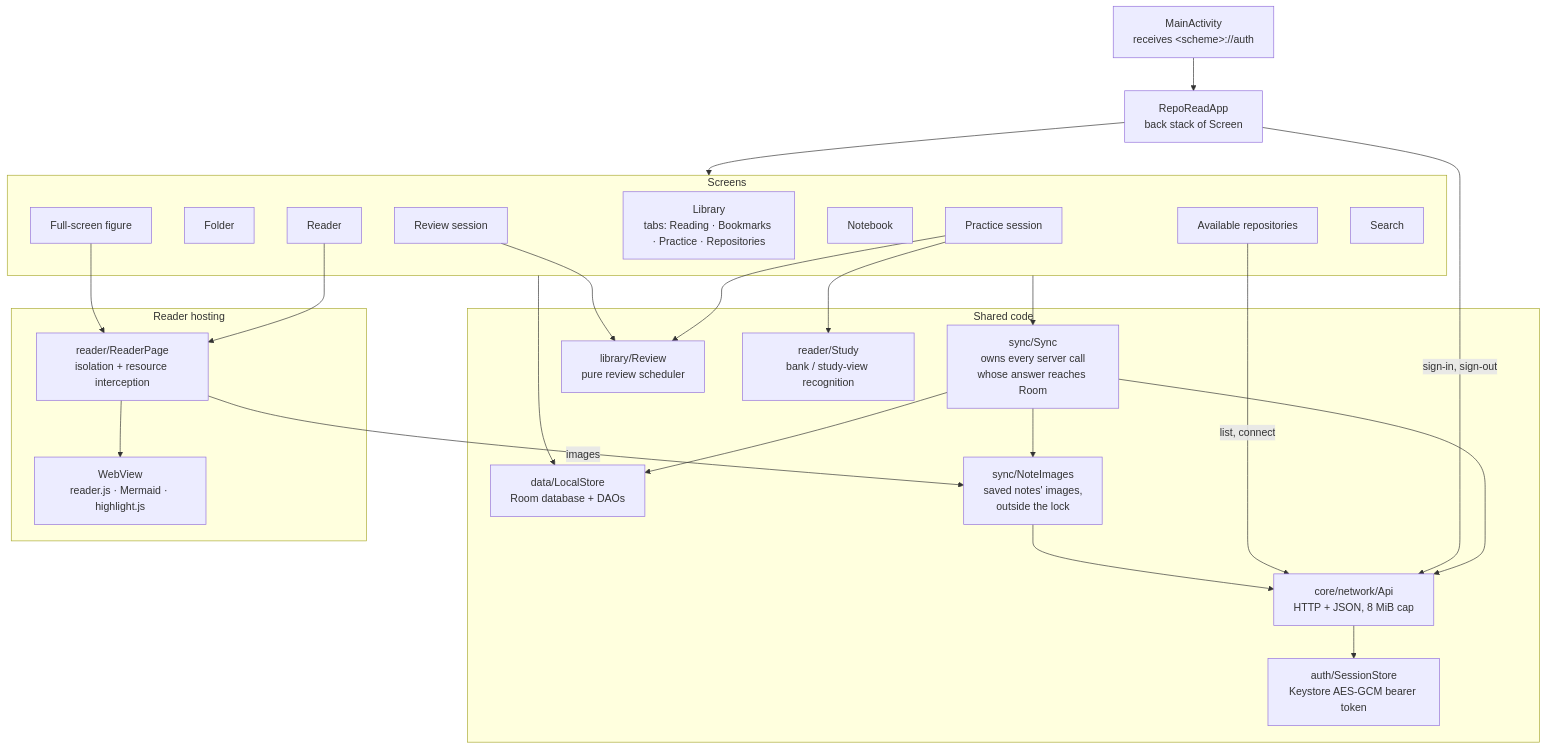
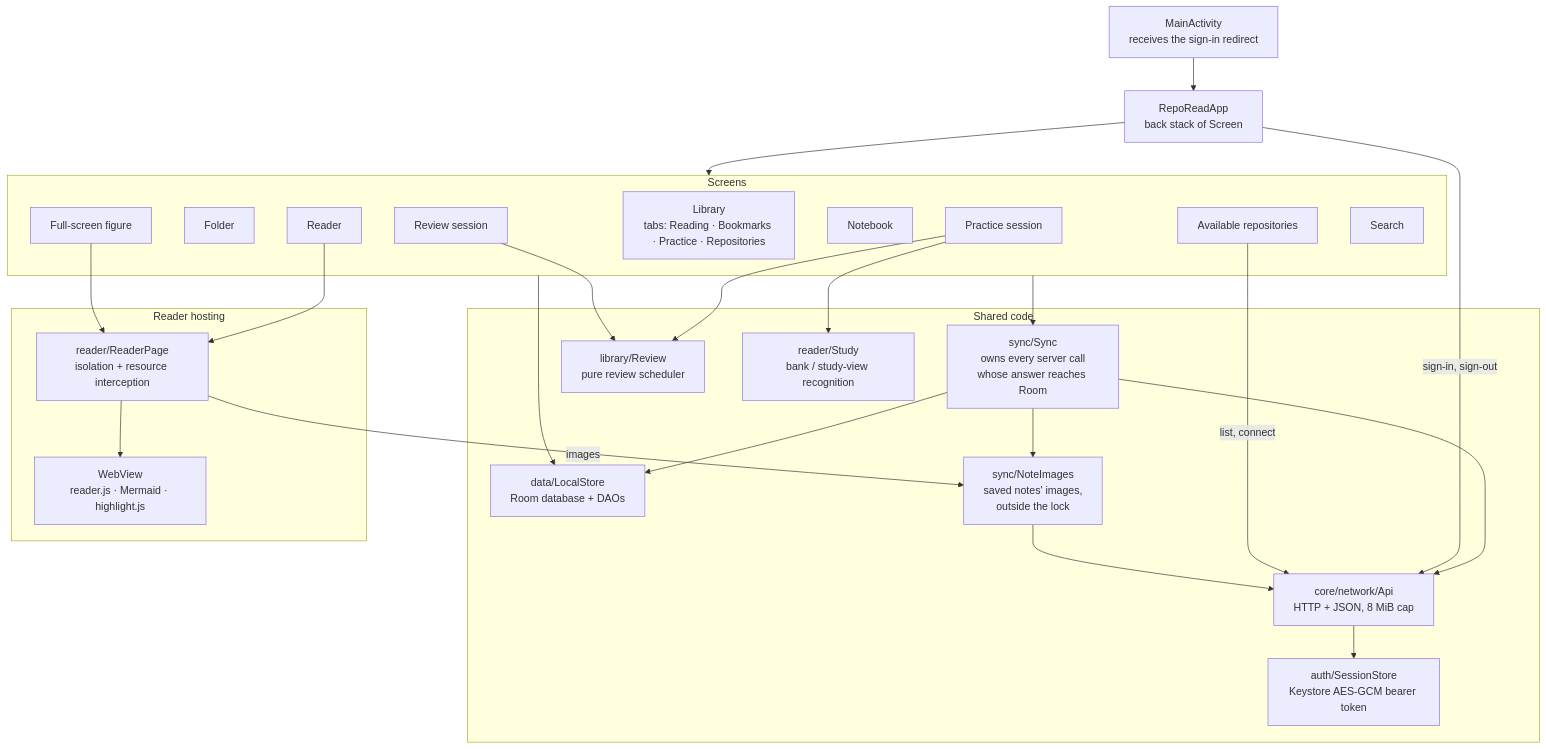
Before and after one commit to jaxwong/reporead: the fifth of 12 diagrams in docs/architecture.md, drawn with Mermaid. The commit also changed other lines of this file and 22 other files, not shown here.

````diff
--- a/docs/architecture.md
+++ b/docs/architecture.md
@@ -261,51 +261,51 @@
 ```mermaid
 flowchart TB
-    Main["MainActivity<br/>receives &lt;scheme&gt;://auth"]
+    Main["MainActivity<br/>receives the sign-in redirect"]
     App["RepoReadApp<br/>back stack of Screen"]
     Main --> App
 
     subgraph Screens["Screens"]
         Library["Library<br/>tabs: Reading · Bookmarks · Practice · Repositories"]
         Folder["Folder"]
         Available["Available repositories"]
         Reader["Reader"]
         Figure["Full-screen figure"]
         Notebook["Notebook"]
         Practice["Practice session"]
         Review["Review session"]
         Search["Search"]
     end
     App --> Screens
 
     subgraph Core["Shared code"]
         Sync["sync/Sync<br/>owns every server call<br/>whose answer reaches Room"]
         Store["data/LocalStore<br/>Room database + DAOs"]
         Api["core/network/Api<br/>HTTP + JSON, 8 MiB cap"]
         Images["sync/NoteImages<br/>saved notes' images,<br/>outside the lock"]
         Session["auth/SessionStore<br/>Keystore AES-GCM bearer token"]
         Sched["library/Review<br/>pure review scheduler"]
         StudyK["reader/Study<br/>bank / study-view recognition"]
     end
 
     subgraph ReaderHost["Reader hosting"]
         Page["reader/ReaderPage<br/>isolation + resource interception"]
         WebV["WebView<br/>reader.js · Mermaid · highlight.js"]
         Page --> WebV
     end
 
     Screens --> Sync
     Screens --> Store
     Practice --> StudyK
     Practice --> Sched
     Review --> Sched
     Reader --> Page
     Figure --> Page
     Sync --> Api
     App -- "sign-in, sign-out" --> Api
     Available -- "list, connect" --> Api
     Sync --> Store
     Api --> Session
     Page -- "images" --> Images
     Sync --> Images
     Images --> Api
 ```
````
